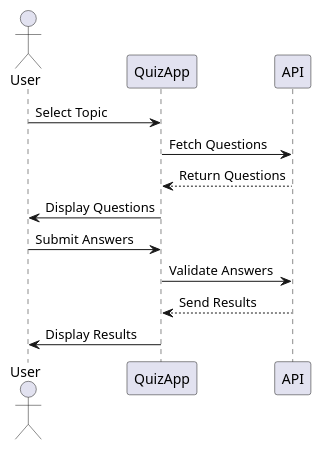
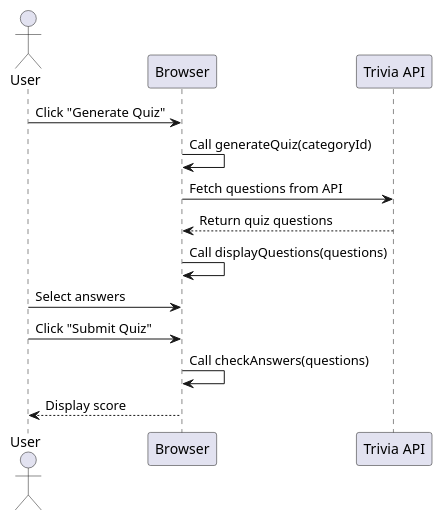
One commit to spectrxal/COMP1004 changed the diagram in QuizGenerator/uml-diagrams/sequence-diagram.puml. Above: the diagram before and after it, drawn with PlantUML. The commit also changed 5 other files, not shown here.

```diff
--- a/QuizGenerator/uml-diagrams/sequence-diagram.puml
+++ b/QuizGenerator/uml-diagrams/sequence-diagram.puml
@@ -1,14 +1,17 @@
-@startuml
+@startuml SequenceDiagram
+
 actor User
-participant QuizApp
-participant API
+participant "Browser" as Browser
+participant "Trivia API" as API
 
-User -> QuizApp: Select Topic
-QuizApp -> API: Fetch Questions
-API --> QuizApp: Return Questions
-QuizApp -> User: Display Questions
-User -> QuizApp: Submit Answers
-QuizApp -> API: Validate Answers
-API --> QuizApp: Send Results
-QuizApp -> User: Display Results
+User -> Browser: Click "Generate Quiz"
+Browser -> Browser: Call generateQuiz(categoryId)
+Browser -> API: Fetch questions from API
+API --> Browser: Return quiz questions
+Browser -> Browser: Call displayQuestions(questions)
+User -> Browser: Select answers
+User -> Browser: Click "Submit Quiz"
+Browser -> Browser: Call checkAnswers(questions)
+Browser --> User: Display score
+
 @enduml
```
